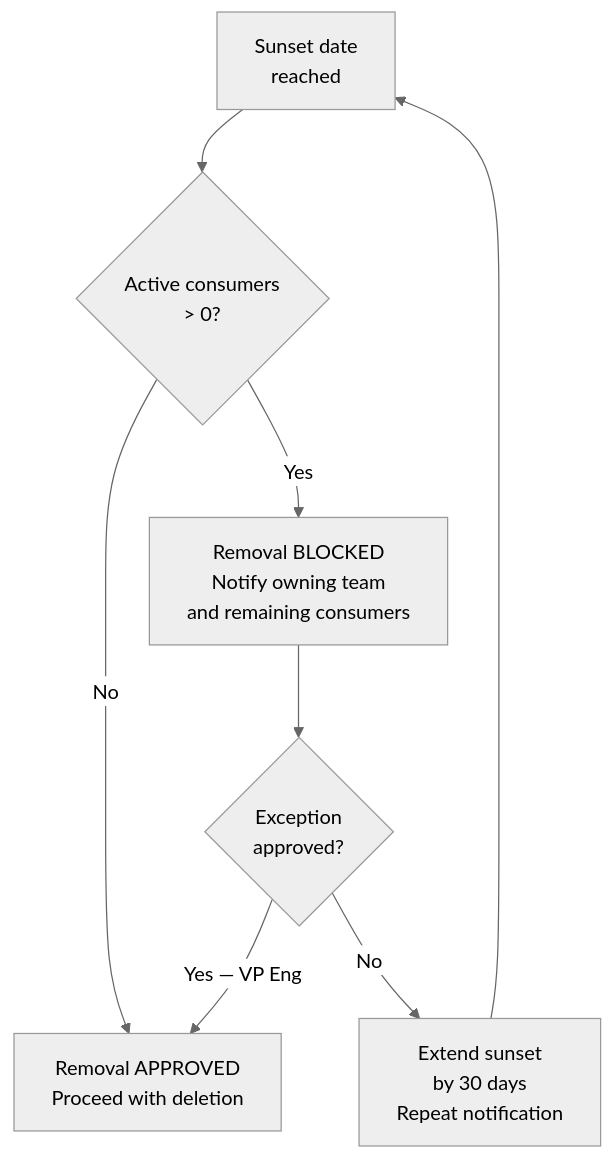
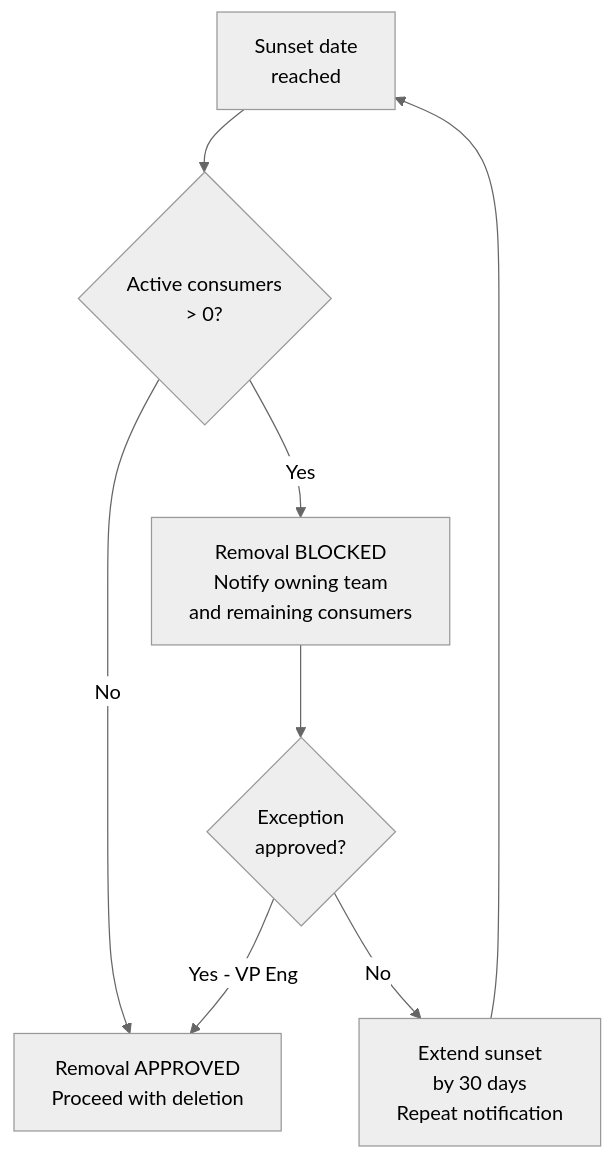
Before and after one commit to rishikeshdhokare/platform-manifesto: the second of 2 diagrams in 03-engineering-practices/08-deprecation-lifecycle.md, drawn with Mermaid (neutral theme). The commit also changed other lines of this file and 22 other files, not shown here.

````diff
--- a/03-engineering-practices/08-deprecation-lifecycle.md
+++ b/03-engineering-practices/08-deprecation-lifecycle.md
@@ -145,12 +145,12 @@
 ```mermaid
 flowchart TD
     A["Sunset date\nreached"] --> B{"Active consumers\n> 0?"}
 
     B -->|"Yes"| C["Removal BLOCKED\nNotify owning team\nand remaining consumers"]
     B -->|"No"| D["Removal APPROVED\nProceed with deletion"]
 
     C --> E{"Exception\napproved?"}
-    E -->|"Yes — VP Eng"| D
+    E -->|"Yes - VP Eng"| D
     E -->|"No"| F["Extend sunset\nby 30 days\nRepeat notification"]
     F --> A
 ```
````
